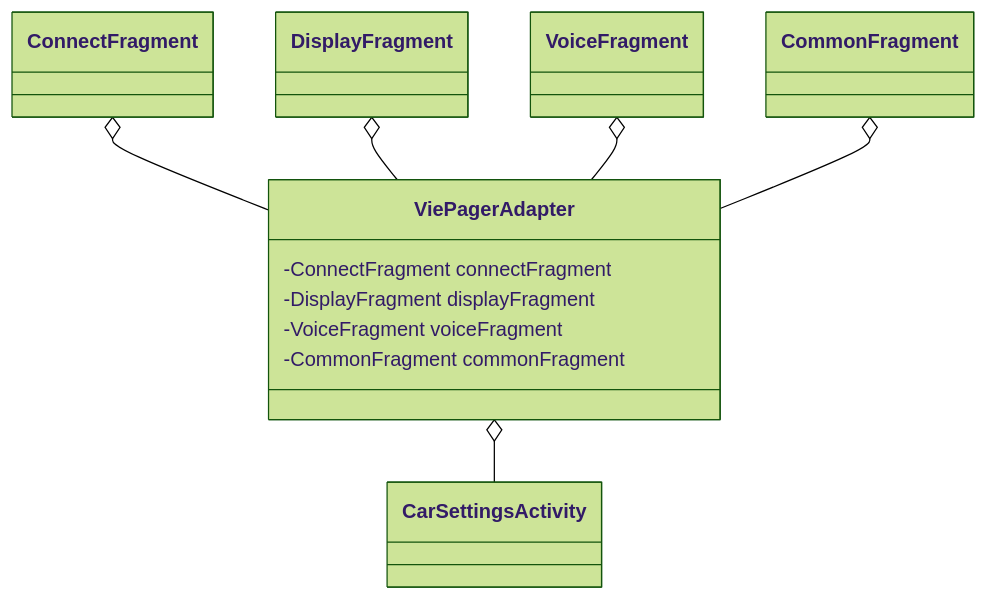
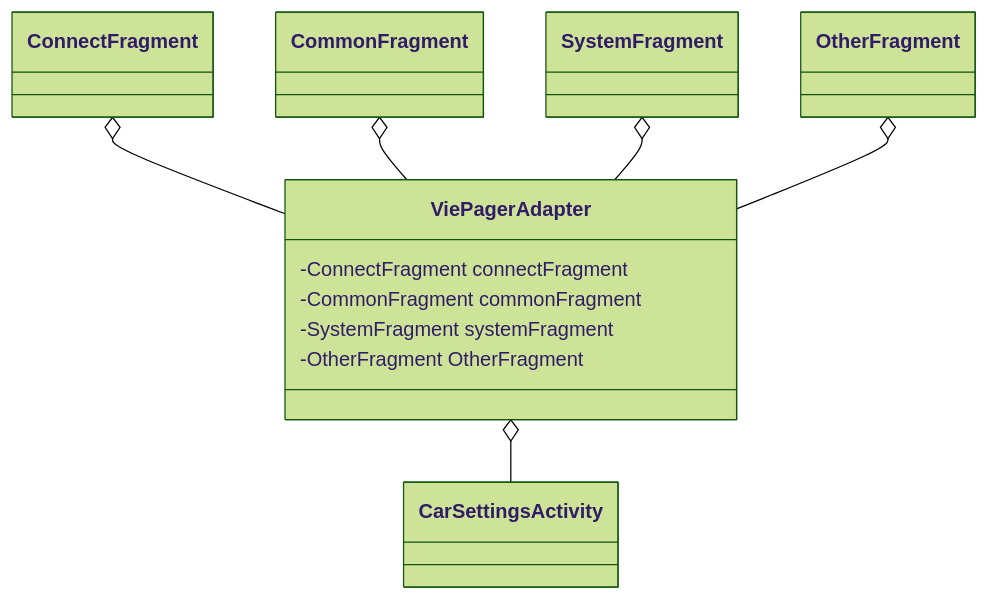
One commit to AbyssWXK/ObsidianNote changed the sixth of 15 diagrams in First/BTSystemSettingUML/1.total/系统结构.md. Above: the diagram before and after it, drawn with Mermaid (forest theme). The commit also changed other lines of this file, not shown here.

````diff
--- a/First/BTSystemSettingUML/1.total/系统结构.md
+++ b/First/BTSystemSettingUML/1.total/系统结构.md
@@ -96,22 +96,22 @@
 ```mermaid
 classDiagram
 class CarSettingsActivity{
     
 }
 class ViePagerAdapter{
 -ConnectFragment connectFragment
--DisplayFragment displayFragment
--VoiceFragment voiceFragment
 -CommonFragment commonFragment
+-SystemFragment systemFragment
+-OtherFragment OtherFragment
 }
 class ConnectFragment
 ConnectFragment o-- ViePagerAdapter
-class DisplayFragment
-DisplayFragment o-- ViePagerAdapter
-class VoiceFragment
-VoiceFragment o-- ViePagerAdapter
 class CommonFragment
 CommonFragment o-- ViePagerAdapter
+class SystemFragment
+SystemFragment o-- ViePagerAdapter
+class OtherFragment
+OtherFragment o-- ViePagerAdapter
 ViePagerAdapter o-- CarSettingsActivity
 
 ```
````
